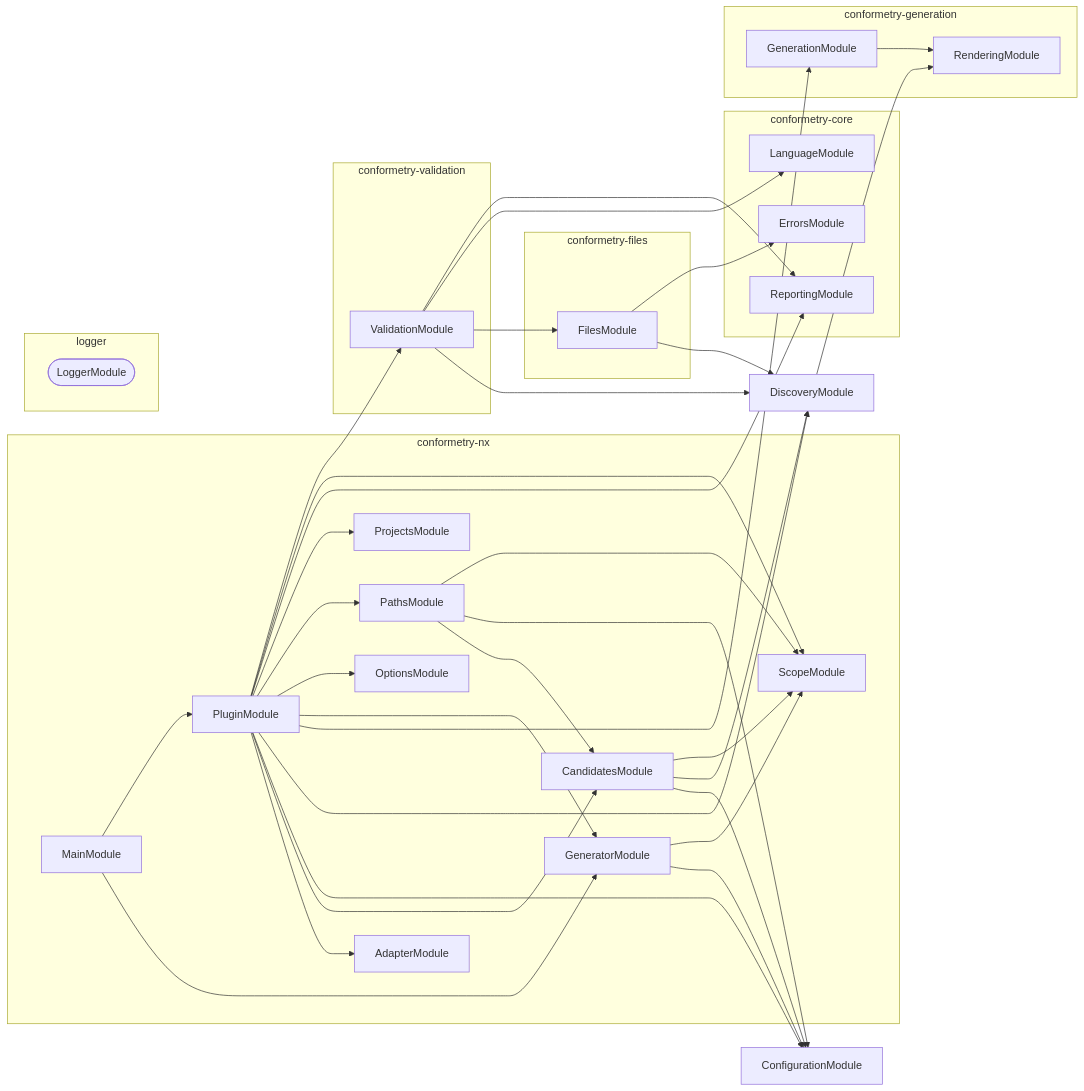
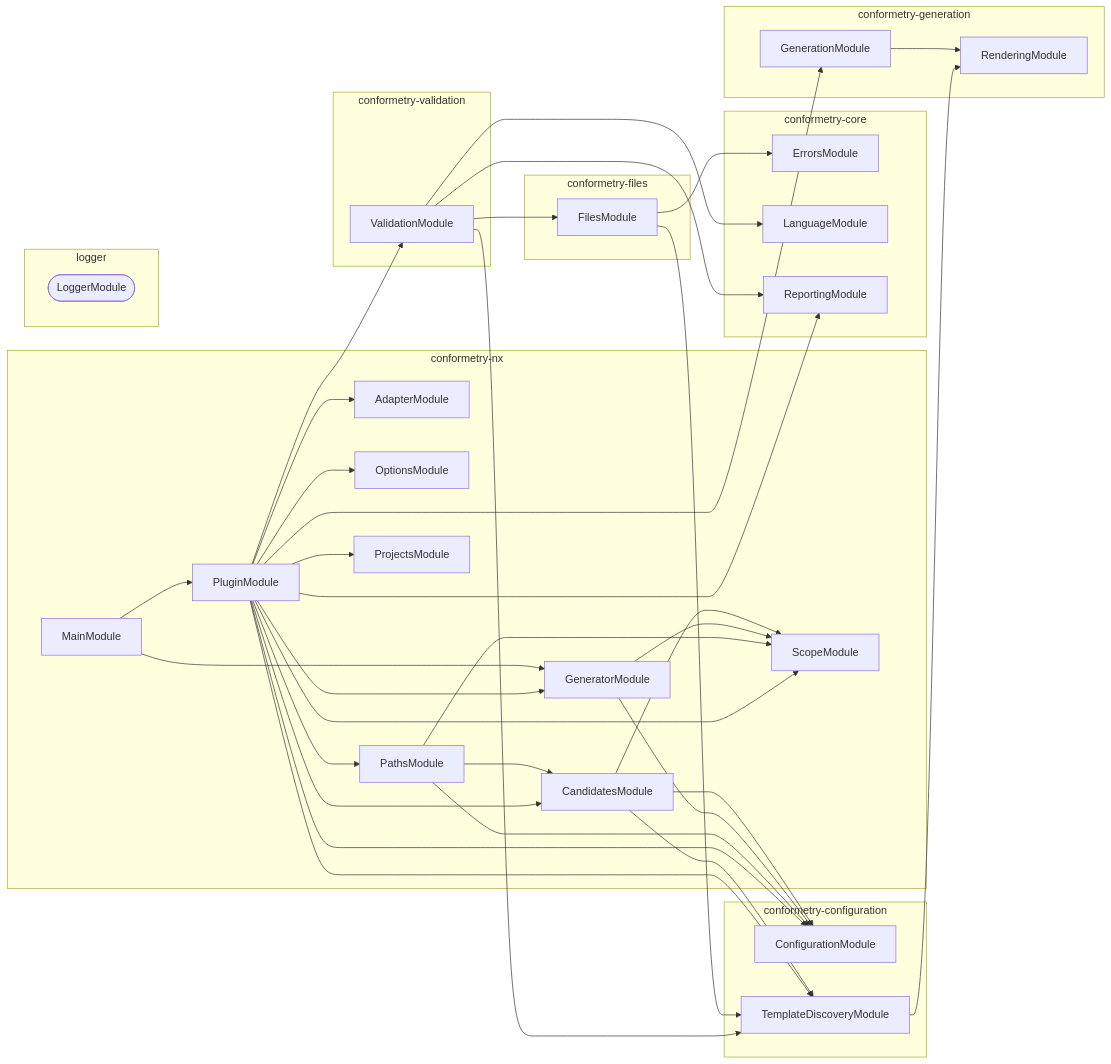
The diagram in packages/conformetry-nx/AGENTS.md (JimmyPaolini/codebase), drawn with Mermaid before and after one commit. The commit also changed other lines of this file and 59 other files, not shown here.

Commit message:
fix(conformetry): 🐛 disambiguate module names so both graphs agree

````diff
--- a/packages/conformetry-nx/AGENTS.md
+++ b/packages/conformetry-nx/AGENTS.md
@@ -57,64 +57,66 @@
 ```mermaid
 flowchart LR
   subgraph group0["conformetry-nx"]
     AdapterModule
     CandidatesModule
     GeneratorModule
     MainModule
     OptionsModule
     PathsModule
     PluginModule
     ProjectsModule
     ScopeModule
   end
-  subgraph group1["conformetry-core"]
+  subgraph group1["conformetry-configuration"]
+    ConfigurationModule
+    TemplateDiscoveryModule
+  end
+  subgraph group2["conformetry-core"]
     ErrorsModule
     LanguageModule
     ReportingModule
   end
-  subgraph group2["conformetry-files"]
+  subgraph group3["conformetry-files"]
     FilesModule
   end
-  subgraph group3["conformetry-generation"]
+  subgraph group4["conformetry-generation"]
     GenerationModule
     RenderingModule
   end
-  subgraph group4["conformetry-validation"]
+  subgraph group5["conformetry-validation"]
     ValidationModule
   end
-  subgraph group5["logger"]
+  subgraph group6["logger"]
     LoggerModule([LoggerModule])
   end
-  ConfigurationModule
-  DiscoveryModule
   CandidatesModule --> ConfigurationModule
-  CandidatesModule --> DiscoveryModule
   CandidatesModule --> ScopeModule
-  DiscoveryModule --> RenderingModule
-  FilesModule --> DiscoveryModule
+  CandidatesModule --> TemplateDiscoveryModule
   FilesModule --> ErrorsModule
+  FilesModule --> TemplateDiscoveryModule
   GenerationModule --> RenderingModule
   GeneratorModule --> ConfigurationModule
   GeneratorModule --> ScopeModule
   MainModule --> GeneratorModule
   MainModule --> PluginModule
   PathsModule --> CandidatesModule
   PathsModule --> ConfigurationModule
   PathsModule --> ScopeModule
   PluginModule --> AdapterModule
   PluginModule --> CandidatesModule
   PluginModule --> ConfigurationModule
-  PluginModule --> DiscoveryModule
   PluginModule --> GenerationModule
   PluginModule --> GeneratorModule
   PluginModule --> OptionsModule
   PluginModule --> PathsModule
   PluginModule --> ProjectsModule
   PluginModule --> ReportingModule
   PluginModule --> ScopeModule
+  PluginModule --> TemplateDiscoveryModule
   PluginModule --> ValidationModule
-  ValidationModule --> DiscoveryModule
+  TemplateDiscoveryModule --> RenderingModule
   ValidationModule --> FilesModule
   ValidationModule --> LanguageModule
   ValidationModule --> ReportingModule
+  ValidationModule --> TemplateDiscoveryModule
 ```
````
